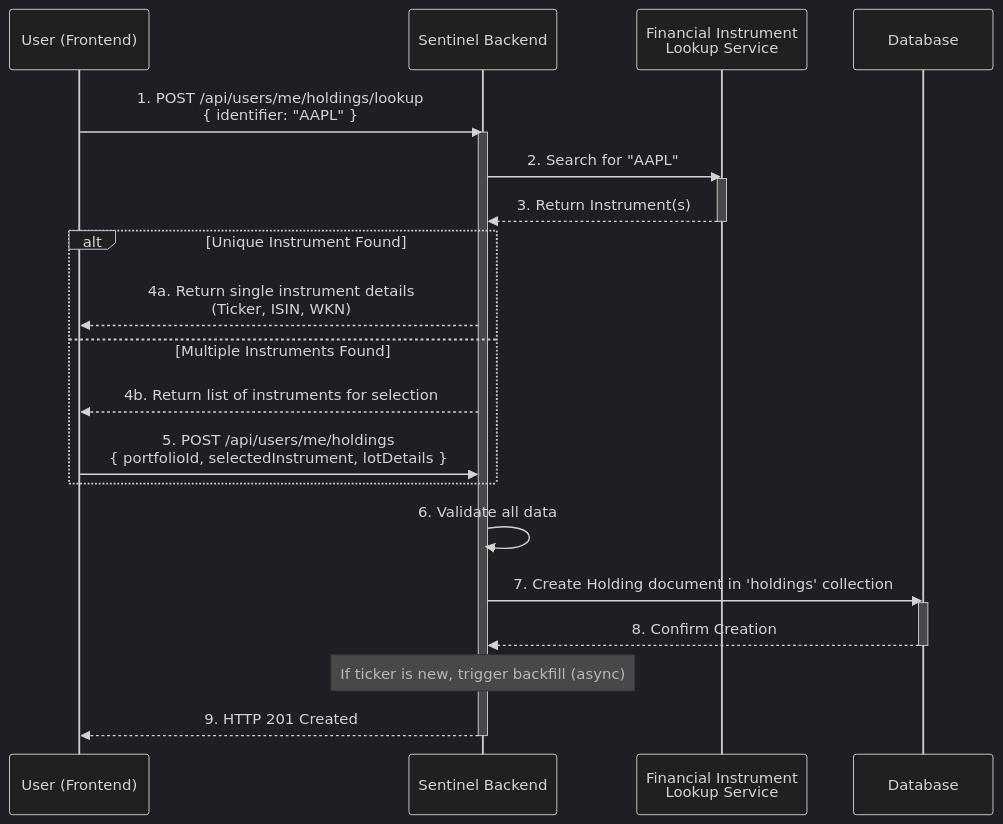
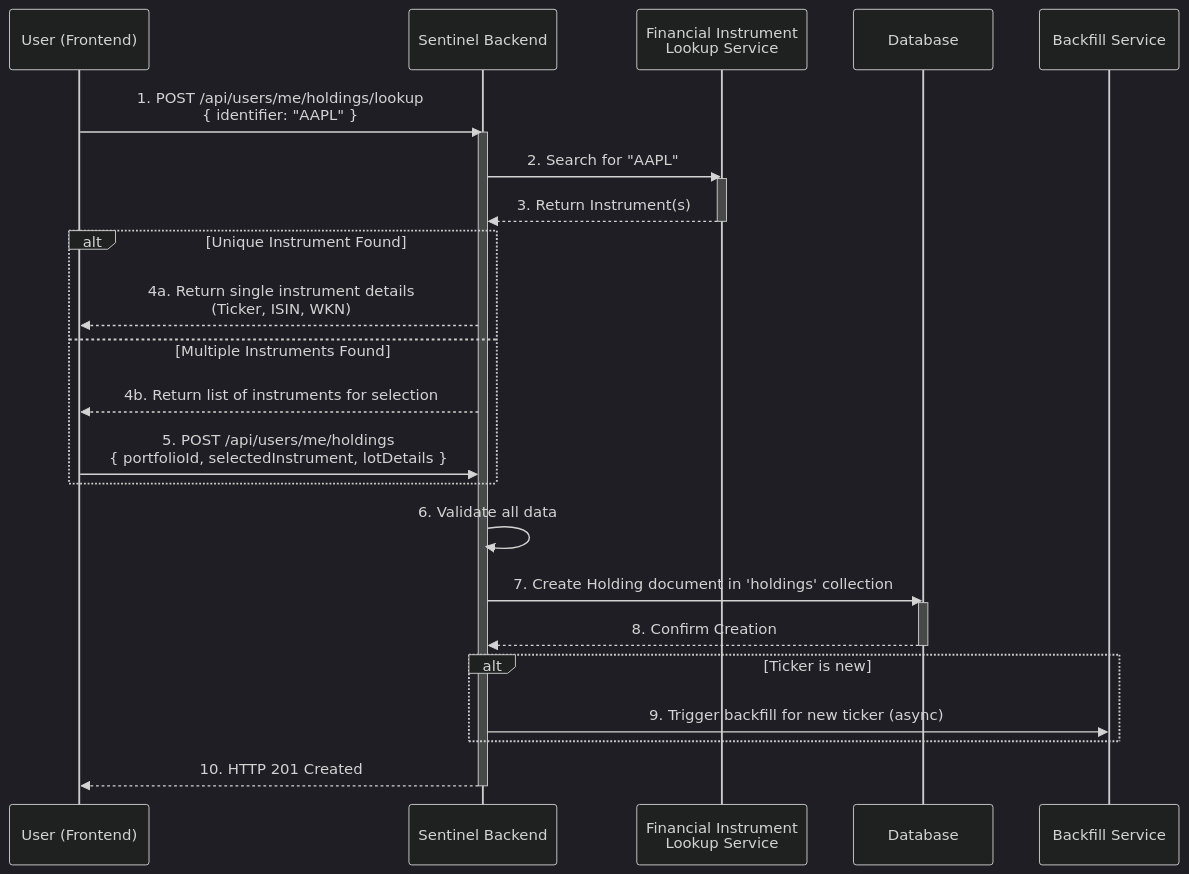
One commit to enzhao/Sentinel changed the seventh of 18 diagrams in product_spec.md. Above: the diagram before and after it, drawn with Mermaid (dark theme). The commit also changed other lines of this file, not shown here.

First line of the commit message:
docs(spec): refactor backfill process and add diagrams

````diff
--- a/product_spec.md
+++ b/product_spec.md
@@ -542,32 +542,35 @@
 ```mermaid
 sequenceDiagram
     participant User as User (Frontend)
     participant Sentinel as Sentinel Backend
     participant Lookup as Financial Instrument<br>Lookup Service
     participant DB as Database
+    participant Backfill as Backfill Service
 
     User->>Sentinel: 1. POST /api/users/me/holdings/lookup<br> { identifier: "AAPL" }
     activate Sentinel
     Sentinel->>Lookup: 2. Search for "AAPL"
     activate Lookup
     Lookup-->>Sentinel: 3. Return Instrument(s)
     deactivate Lookup
     
     alt Unique Instrument Found
         Sentinel-->>User: 4a. Return single instrument details<br> (Ticker, ISIN, WKN)
     else Multiple Instruments Found
         Sentinel-->>User: 4b. Return list of instruments for selection
         User->>Sentinel: 5. POST /api/users/me/holdings<br> { portfolioId, selectedInstrument, lotDetails }
     end
 
     Sentinel->>Sentinel: 6. Validate all data
     Sentinel->>DB: 7. Create Holding document in 'holdings' collection
     activate DB
     DB-->>Sentinel: 8. Confirm Creation
     deactivate DB
     
-    Note over Sentinel: If ticker is new, trigger backfill (async)
-    
-    Sentinel-->>User: 9. HTTP 201 Created
+    alt Ticker is new
+        Sentinel->>Backfill: 9. Trigger backfill for new ticker (async)
+    end
+
+    Sentinel-->>User: 10. HTTP 201 Created
     deactivate Sentinel
 ```
````
